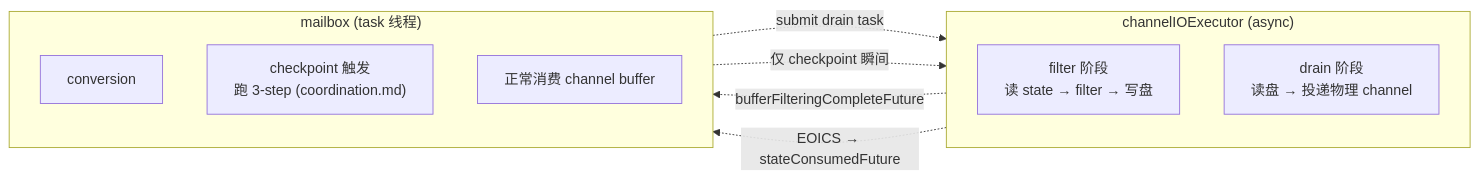
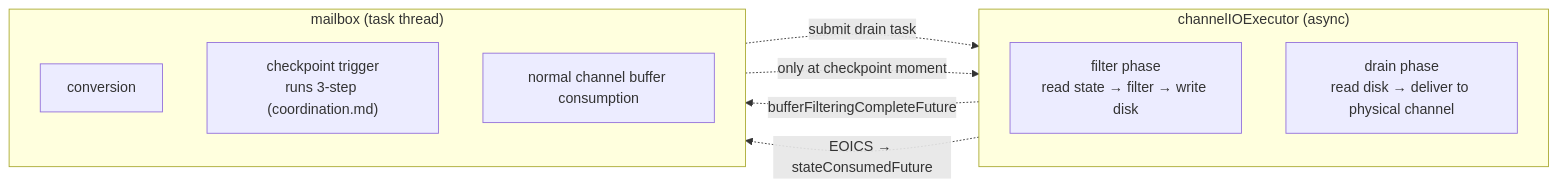
The second of 2 diagrams in requirements/38544/simplify_approach/overview.md (1996fanrui/flink), drawn with Mermaid before and after one commit. The commit also changed other lines of this file and 3 other files, not shown here.

````diff
--- a/requirements/38544/simplify_approach/overview.md
+++ b/requirements/38544/simplify_approach/overview.md
@@ -63,18 +63,18 @@
 ```mermaid
 flowchart LR
     subgraph CIO["channelIOExecutor (async)"]
       direction TB
-      F["filter 阶段<br/>读 state → filter → 写盘"]
-      D["drain 阶段<br/>读盘 → 投递物理 channel"]
+      F["filter phase<br/>read state → filter → write disk"]
+      D["drain phase<br/>read disk → deliver to physical channel"]
     end
-    subgraph MB["mailbox (task 线程)"]
+    subgraph MB["mailbox (task thread)"]
       direction TB
       C["conversion"]
-      CP["checkpoint 触发<br/>跑 3-step (coordination.md)"]
-      CN["正常消费 channel buffer"]
+      CP["checkpoint trigger<br/>runs 3-step (coordination.md)"]
+      CN["normal channel buffer consumption"]
     end
     F -.->|bufferFilteringCompleteFuture| C
     C -.->|submit drain task| D
     D -.->|EOICS → stateConsumedFuture| CN
-    CP -.->|仅 checkpoint 瞬间| CIO
+    CP -.->|only at checkpoint moment| CIO
 ```
````
